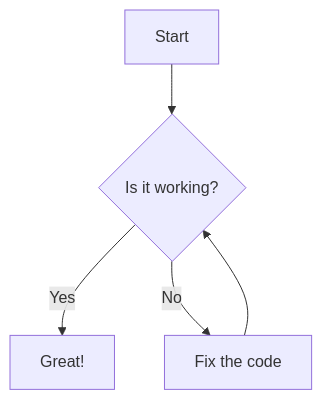
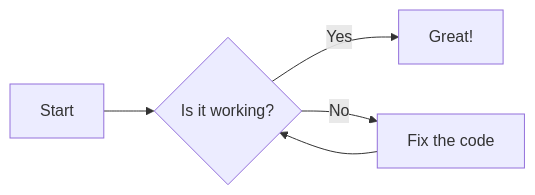
One commit to carstenjacobsen/runpod-demo changed the diagram in README.md. Above: the diagram before and after it, drawn with Mermaid.

Commit message:
Change flowchart direction from TD to LR
Updated flowchart direction in README.

````diff
--- a/README.md
+++ b/README.md
@@ -5,7 +5,7 @@
 ```mermaid
-flowchart TD
+flowchart LR
     A[Start] --> B{Is it working?}
     B -- Yes --> C[Great!]
     B -- No --> D[Fix the code]
     D --> B
 ```
````
